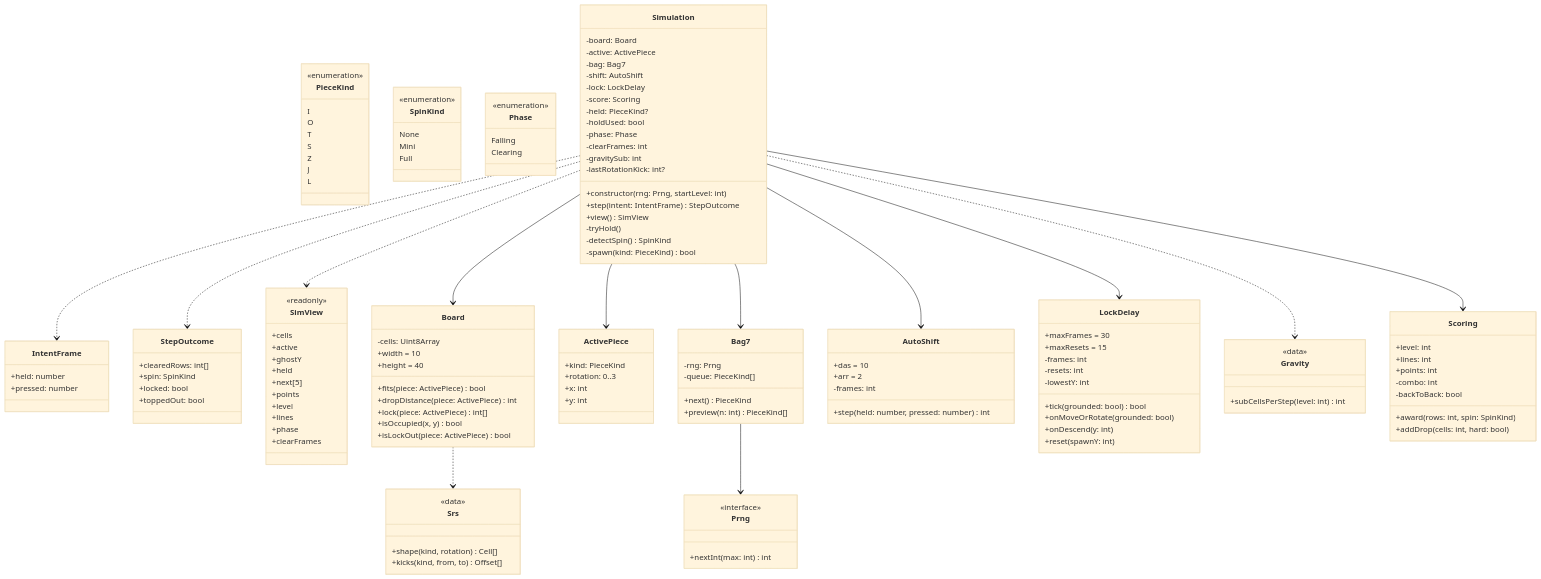
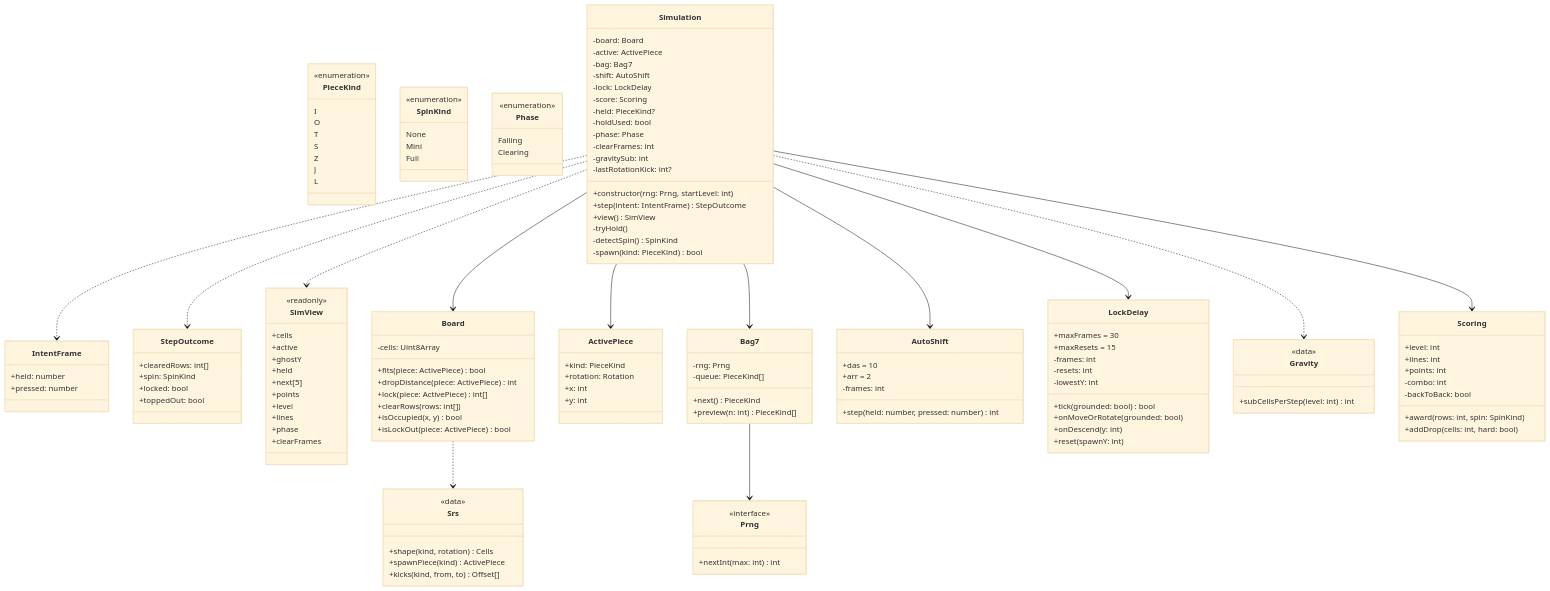
One commit to benoit-bremaud/retro-blocks changed the diagram in docs/architecture/diagrams/system/02-class.md. Above: the diagram before and after it, drawn with Mermaid (base theme). The commit also changed other lines of this file and 15 other files, not shown here.

```diff
--- a/docs/architecture/diagrams/system/02-class.md
+++ b/docs/architecture/diagrams/system/02-class.md
@@ -75,23 +75,23 @@
   }
   class Board {
     -cells: Uint8Array
-    +width = 10
-    +height = 40
     +fits(piece: ActivePiece) bool
     +dropDistance(piece: ActivePiece) int
     +lock(piece: ActivePiece) int[]
+    +clearRows(rows: int[])
     +isOccupied(x, y) bool
     +isLockOut(piece: ActivePiece) bool
   }
   class ActivePiece {
     +kind: PieceKind
-    +rotation: 0..3
+    +rotation: Rotation
     +x: int
     +y: int
   }
   class Srs {
     <<data>>
-    +shape(kind, rotation) Cell[]
+    +shape(kind, rotation) Cells
+    +spawnPiece(kind) ActivePiece
     +kicks(kind, from, to) Offset[]
   }
   class Bag7 {
```
